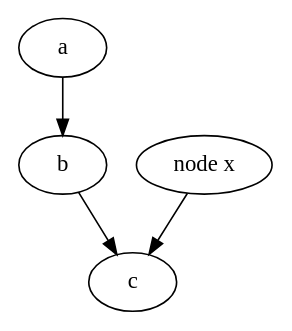
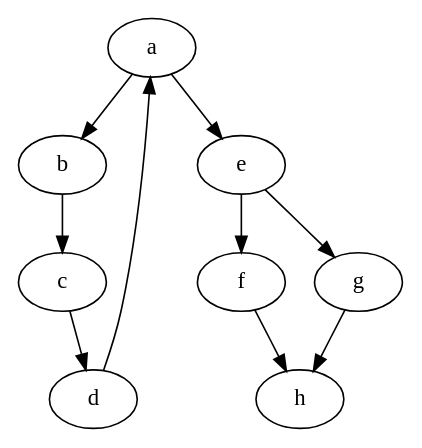
Before and after one commit to eavila12/CSE4642026eavila12: the diagram in input.dot, drawn with Graphviz. The commit also changed 1 other file, not shown here.

```diff
--- a/input.dot
+++ b/input.dot
@@ -1,6 +1,11 @@
-digraph G {
-  a -> b;
-  b -> c;
-  a;
-  "node x" -> c;
+digraph {
+    a -> b;
+    b -> c;
+    c -> d;
+    d -> a;
+    a -> e;
+    e -> f;
+    e -> g;
+    f -> h;
+    g -> h;
 }
```
